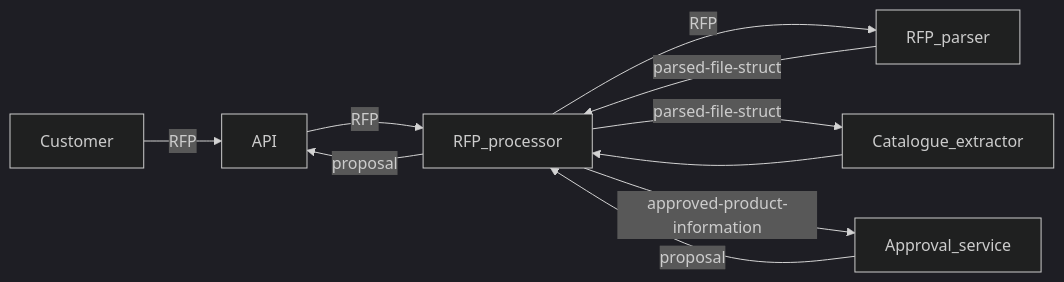
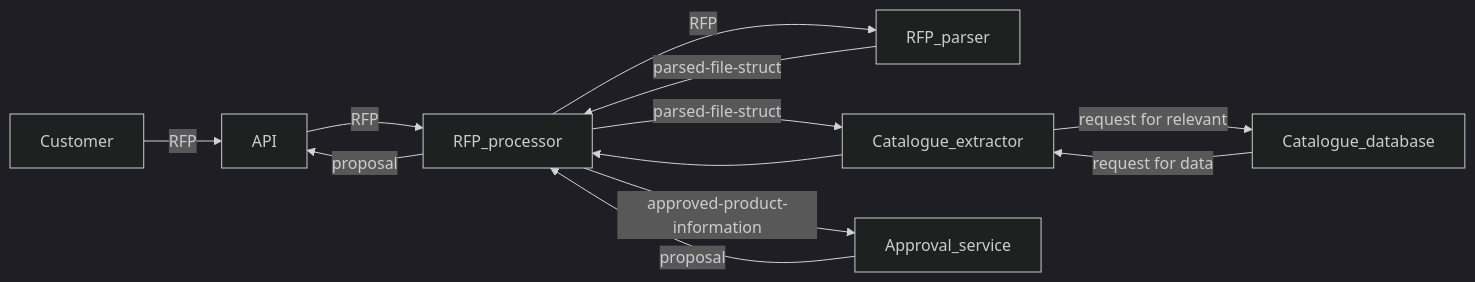
The diagram in docs/architecture.md (MiikaMatias/ai-hack-aalto-2024), drawn with Mermaid (dark theme) before and after one commit.

````diff
--- a/docs/architecture.md
+++ b/docs/architecture.md
@@ -6,12 +6,14 @@
 ```mermaid  
 graph LR
     Customer -->|RFP| API
     API -->|RFP| RFP_processor
     RFP_processor -->|RFP| RFP_parser
     RFP_processor -->|parsed-file-struct| Catalogue_extractor
     RFP_processor -->|approved-product-information| Approval_service
     RFP_parser --> |parsed-file-struct|RFP_processor
     Catalogue_extractor --> RFP_processor
+    Catalogue_extractor -->|request for relevant| Catalogue_database
+    Catalogue_database -->|request for data| Catalogue_extractor
     Approval_service -->|proposal| RFP_processor
     RFP_processor --> |proposal| API
 ```
````
